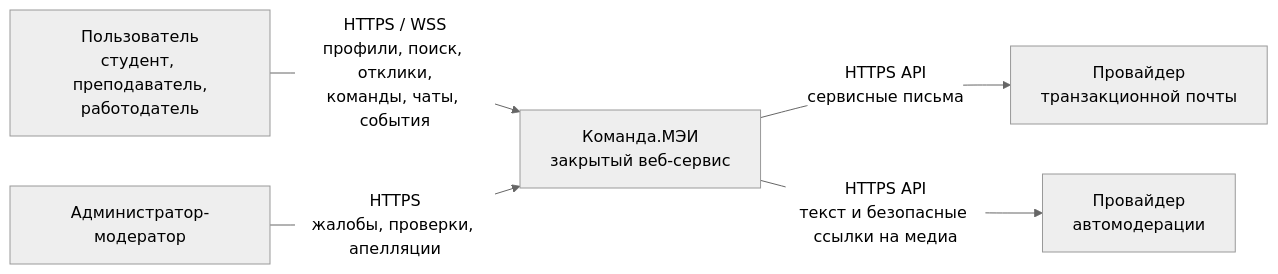
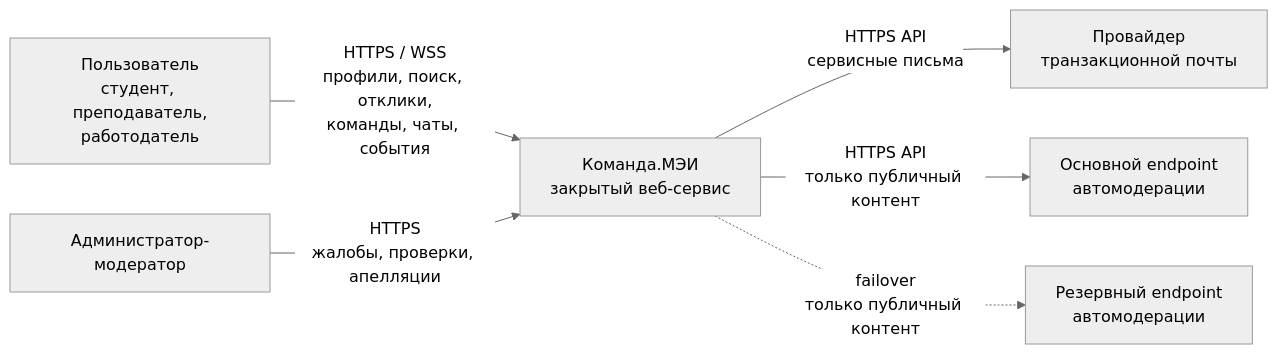
One commit to alextwix69/MPEITEAM changed the first of 4 diagrams in docs/architecture/system-design.md. Above: the diagram before and after it, drawn with Mermaid (neutral theme). The commit also changed other lines of this file and 14 other files, not shown here.

Commit message:
Architecture building DONE

````diff
--- a/docs/architecture/system-design.md
+++ b/docs/architecture/system-design.md
@@ -24,13 +24,15 @@
 ```mermaid
 flowchart LR
     user["Пользователь<br/>студент, преподаватель,<br/>работодатель"]
     moderator["Администратор-модератор"]
     system["Команда.МЭИ<br/>закрытый веб-сервис"]
     email["Провайдер<br/>транзакционной почты"]
-    moderation["Провайдер<br/>автомодерации"]
+    moderation1["Основной endpoint<br/>автомодерации"]
+    moderation2["Резервный endpoint<br/>автомодерации"]
 
     user -->|"HTTPS / WSS<br/>профили, поиск, отклики,<br/>команды, чаты, события"| system
     moderator -->|"HTTPS<br/>жалобы, проверки, апелляции"| system
     system -->|"HTTPS API<br/>сервисные письма"| email
-    system -->|"HTTPS API<br/>текст и безопасные ссылки на медиа"| moderation
+    system -->|"HTTPS API<br/>только публичный контент"| moderation1
+    system -.->|"failover<br/>только публичный контент"| moderation2
 ```
````
